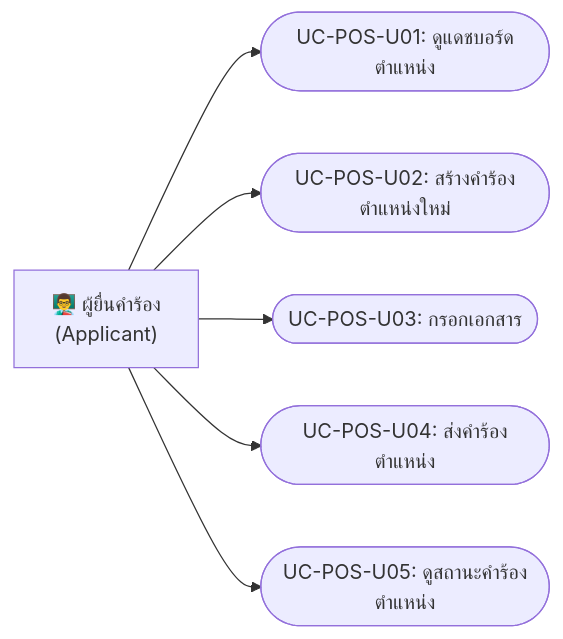
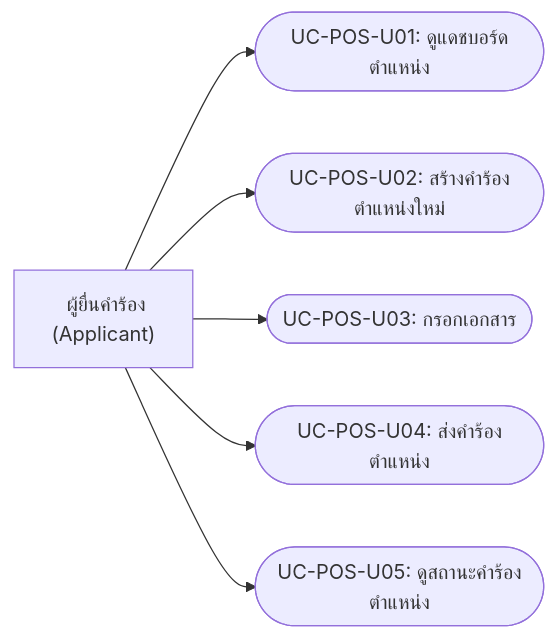
One commit to kriangkraiii/HRCP.KKU changed the second of 6 diagrams in HRCP-KKU-Academic/docs/modules/04-position-request.md. Above: the diagram before and after it, drawn with Mermaid. The commit also changed other lines of this file and 69 other files, not shown here.

````diff
--- a/HRCP-KKU-Academic/docs/modules/04-position-request.md
+++ b/HRCP-KKU-Academic/docs/modules/04-position-request.md
@@ -26,16 +26,16 @@
 ```mermaid
 graph LR
-    User["👨‍🏫 ผู้ยื่นคำร้อง<br/>(Applicant)"]
+    User["‍ ผู้ยื่นคำร้อง<br/>(Applicant)"]
 
     UC1(["UC-POS-U01: ดูแดชบอร์ดตำแหน่ง"])
     UC2(["UC-POS-U02: สร้างคำร้องตำแหน่งใหม่"])
     UC3(["UC-POS-U03: กรอกเอกสาร"])
     UC4(["UC-POS-U04: ส่งคำร้องตำแหน่ง"])
     UC5(["UC-POS-U05: ดูสถานะคำร้องตำแหน่ง"])
 
     User --> UC1
     User --> UC2
     User --> UC3
     User --> UC4
     User --> UC5
 ```
````
